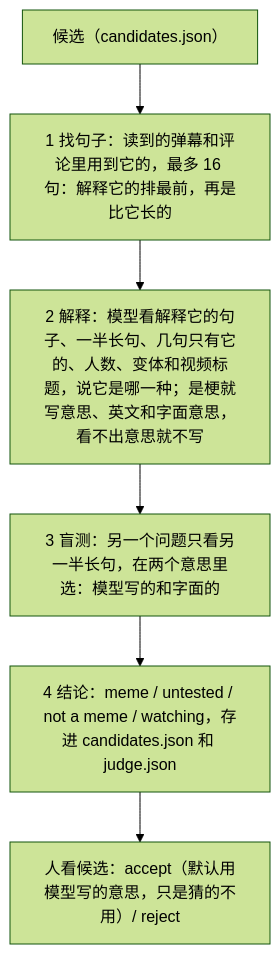
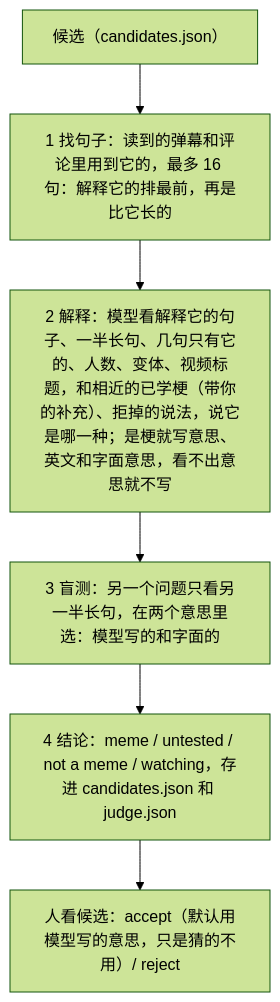
One commit to HHCreator/MemeLearnerBot changed the second of 3 diagrams in docs/DESIGN.md. Above: the diagram before and after it, drawn with Mermaid (forest theme). The commit also changed other lines of this file and 3 other files, not shown here.

````diff
--- a/docs/DESIGN.md
+++ b/docs/DESIGN.md
@@ -63,8 +63,8 @@
 ```mermaid
 flowchart TD
     A["候选（candidates.json）"] --> B["1 找句子：读到的弹幕和评论里用到它的，最多 16 句：解释它的排最前，再是比它长的"]
-    B --> D["2 解释：模型看解释它的句子、一半长句、几句只有它的、人数、变体和视频标题，说它是哪一种；是梗就写意思、英文和字面意思，看不出意思就不写"]
+    B --> D["2 解释：模型看解释它的句子、一半长句、几句只有它的、人数、变体、视频标题，和相近的已学梗（带你的补充）、拒掉的说法，说它是哪一种；是梗就写意思、英文和字面意思，看不出意思就不写"]
     D --> E["3 盲测：另一个问题只看另一半长句，在两个意思里选：模型写的和字面的"]
     E --> F["4 结论：meme / untested / not a meme / watching，存进 candidates.json 和 judge.json"]
     F --> G["人看候选：accept（默认用模型写的意思，只是猜的不用）/ reject"]
 ```
````
